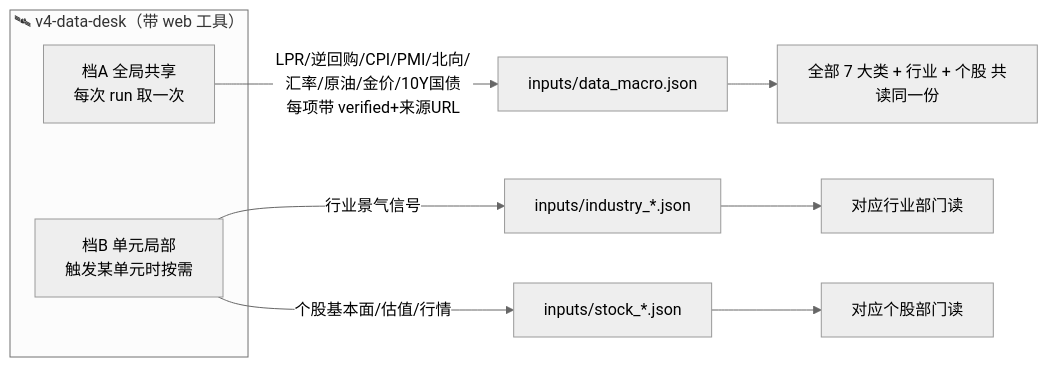
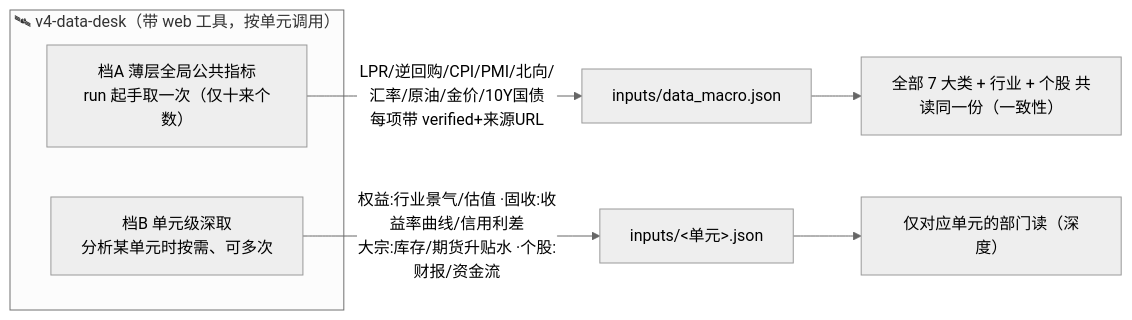
One commit to harrisyang123-byte/TradingAgents-CN-pro changed the second of 5 diagrams in docs/wiki/v4-architecture.md. Above: the diagram before and after it, drawn with Mermaid (neutral theme). The commit also changed other lines of this file, not shown here.

Commit message:
docs: 更新 v4 架构文档

````diff
--- a/docs/wiki/v4-architecture.md
+++ b/docs/wiki/v4-architecture.md
@@ -131,13 +133,11 @@
 ```mermaid
 flowchart LR
-    subgraph DESK["🛰 v4-data-desk（带 web 工具）"]
-        A["档A 全局共享<br/>每次 run 取一次"]
-        B["档B 单元局部<br/>触发某单元时按需"]
+    subgraph DESK["🛰 v4-data-desk（带 web 工具，按单元调用）"]
+        A["档A 薄层全局公共指标<br/>run 起手取一次（仅十来个数）"]
+        B["档B 单元级深取<br/>分析某单元时按需、可多次"]
     end
     A -->|LPR/逆回购/CPI/PMI/北向/汇率/原油/金价/10Y国债<br/>每项带 verified+来源URL| MAC["inputs/data_macro.json"]
-    B -->|行业景气信号| IND["inputs/industry_*.json"]
-    B -->|个股基本面/估值/行情| STK["inputs/stock_*.json"]
-    MAC --> ALL["全部 7 大类 + 行业 + 个股 共读同一份"]
-    IND --> IDEP["对应行业部门读"]
-    STK --> SDEP["对应个股部门读"]
+    B -->|权益:行业景气/估值 ·固收:收益率曲线/信用利差<br/>大宗:库存/期货升贴水 ·个股:财报/资金流| PACK["inputs/<单元>.json"]
+    MAC --> ALL["全部 7 大类 + 行业 + 个股 共读同一份（一致性）"]
+    PACK --> DEP["仅对应单元的部门读（深度）"]
 ```
````
